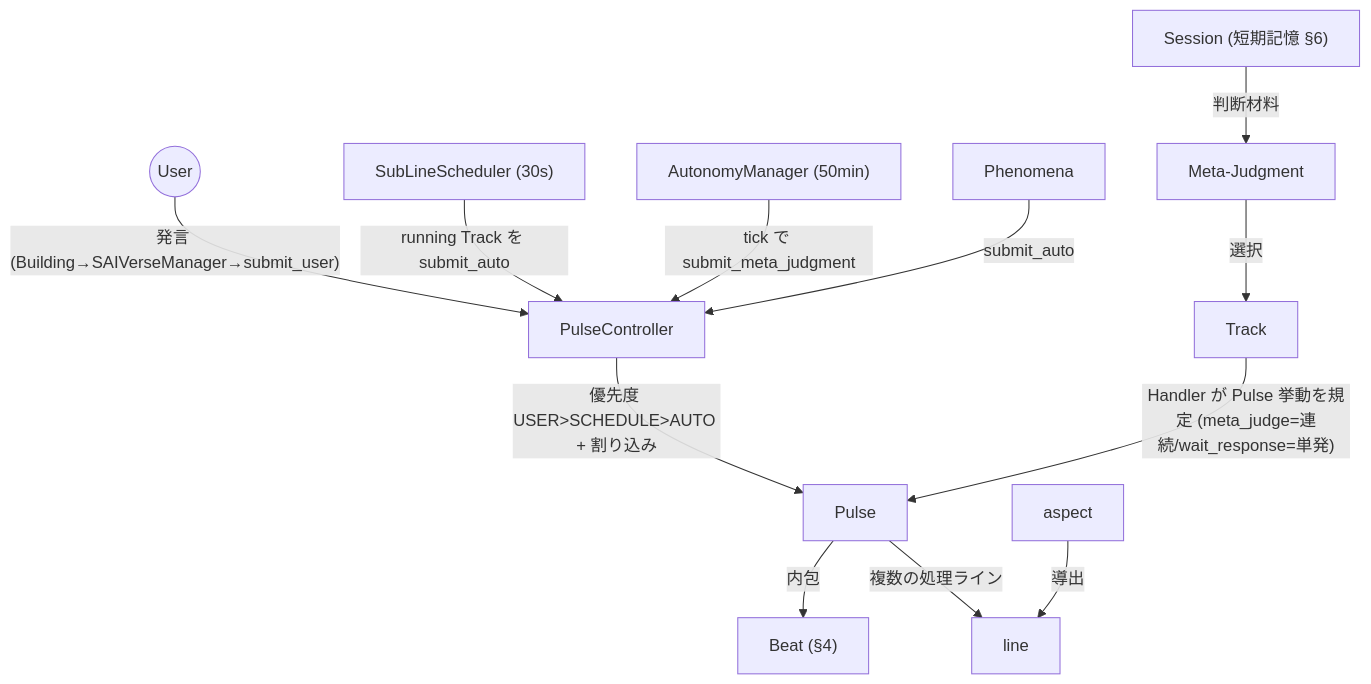
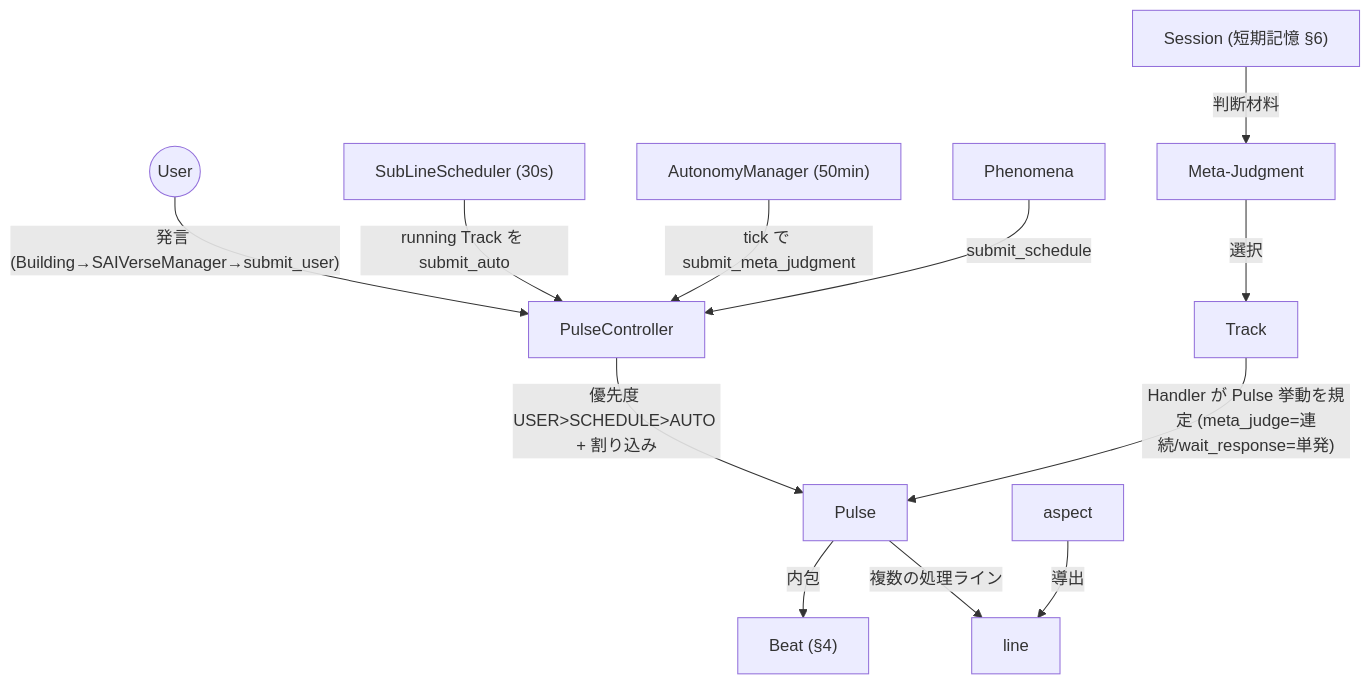
Before and after one commit to maha0525/SAIVerse: the third of 7 diagrams in docs/overview/landscape.md, drawn with Mermaid. The commit also changed other lines of this file and 11 other files, not shown here.

````diff
--- a/docs/overview/landscape.md
+++ b/docs/overview/landscape.md
@@ -164,14 +164,14 @@
 ```mermaid
 graph TD
     User((User)) -->|"発言 (Building→SAIVerseManager→submit_user)"| PulseController
     SubLineScheduler["SubLineScheduler (30s)"] -->|running Track を submit_auto| PulseController
     AutonomyManager["AutonomyManager (50min)"] -->|tick で submit_meta_judgment| PulseController
-    Phenomena -->|submit_auto| PulseController
+    Phenomena -->|submit_schedule| PulseController
     Session["Session (短期記憶 §6)"] -->|判断材料| MetaJudgment["Meta-Judgment"]
     MetaJudgment -->|選択| Track
     PulseController -->|"優先度 USER>SCHEDULE>AUTO + 割り込み"| Pulse
     Track -->|"Handler が Pulse 挙動を規定 (meta_judge=連続/wait_response=単発)"| Pulse
     Pulse -->|内包| Beat["Beat (§4)"]
     Pulse -->|複数の処理ライン| line
     aspect -->|導出| line
 ```
````
